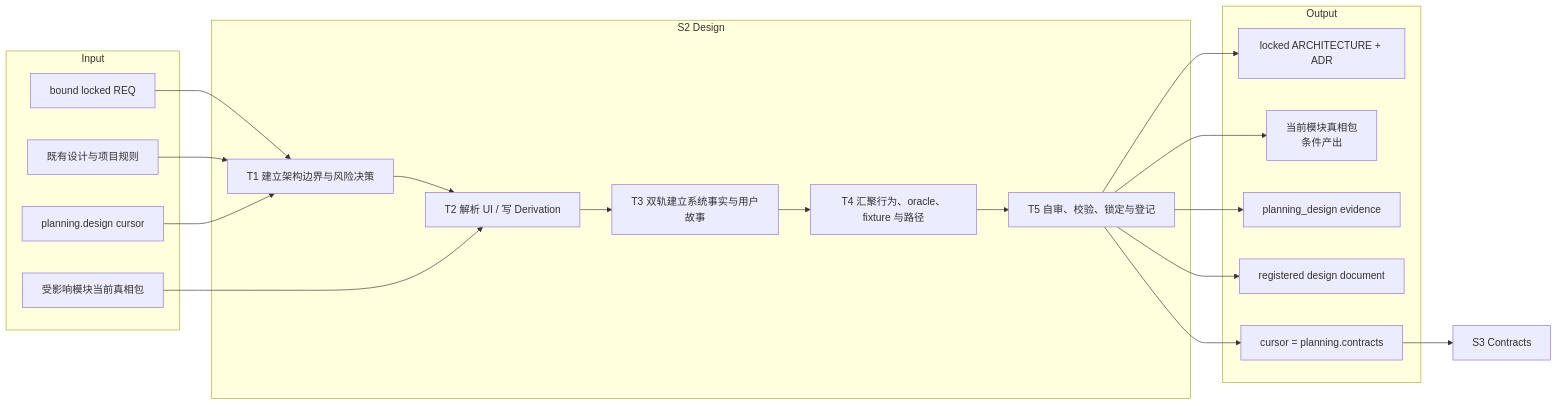
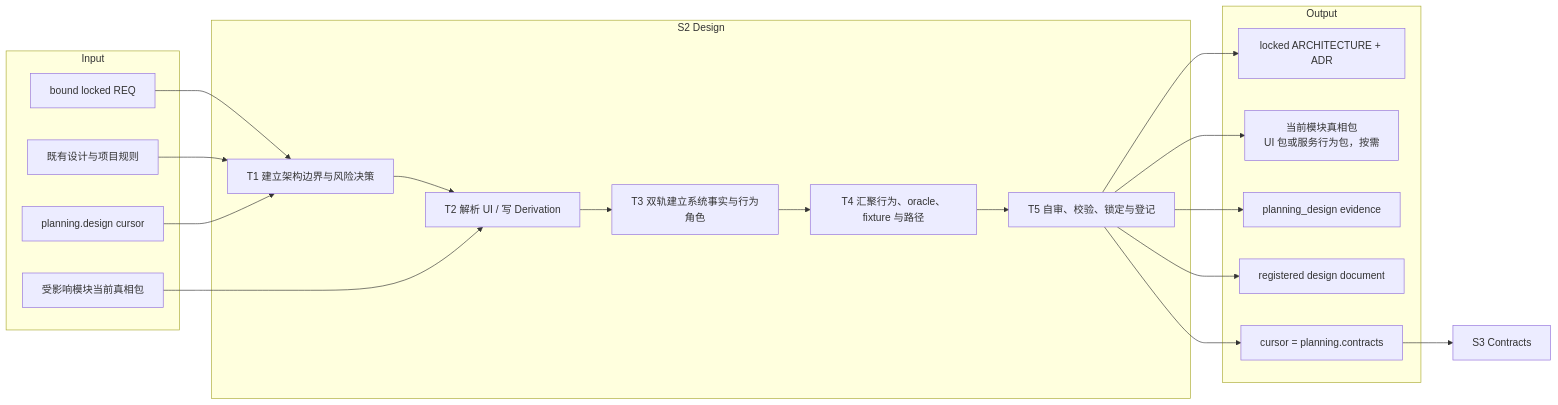
The first of 2 diagrams in blueprint/l3-stages/L3-S2-design.md (Sebs-Lee/go-system-builder), drawn with Mermaid before and after one commit. The commit also changed other lines of this file and 969 other files, not shown here.

````diff
--- a/blueprint/l3-stages/L3-S2-design.md
+++ b/blueprint/l3-stages/L3-S2-design.md
@@ -35,35 +85,35 @@
 ```mermaid
 flowchart LR
     subgraph INPUT["Input"]
         I1["bound locked REQ"]
         I2["既有设计与项目规则"]
         I3["受影响模块当前真相包"]
         I4["planning.design cursor"]
     end
 
     subgraph S2["S2 Design"]
         T1["T1 建立架构边界与风险决策"] --> T2["T2 解析 UI / 写 Derivation"]
-        T2 --> T3["T3 双轨建立系统事实与用户故事"]
+        T2 --> T3["T3 双轨建立系统事实与行为角色"]
         T3 --> T4["T4 汇聚行为、oracle、fixture 与路径"]
         T4 --> T5["T5 自审、校验、锁定与登记"]
     end
 
     subgraph OUTPUT["Output"]
         O1["locked ARCHITECTURE + ADR"]
-        O2["当前模块真相包<br/>条件产出"]
+        O2["当前模块真相包<br/>UI 包或服务行为包，按需"]
         O3["planning_design evidence"]
         O4["registered design document"]
         O5["cursor = planning.contracts"]
     end
 
     I1 --> T1
     I2 --> T1
     I3 --> T2
     I4 --> T1
     T5 --> O1
     T5 --> O2
     T5 --> O3
     T5 --> O4
     T5 --> O5
     O5 --> NEXT["S3 Contracts"]
 ```
````
